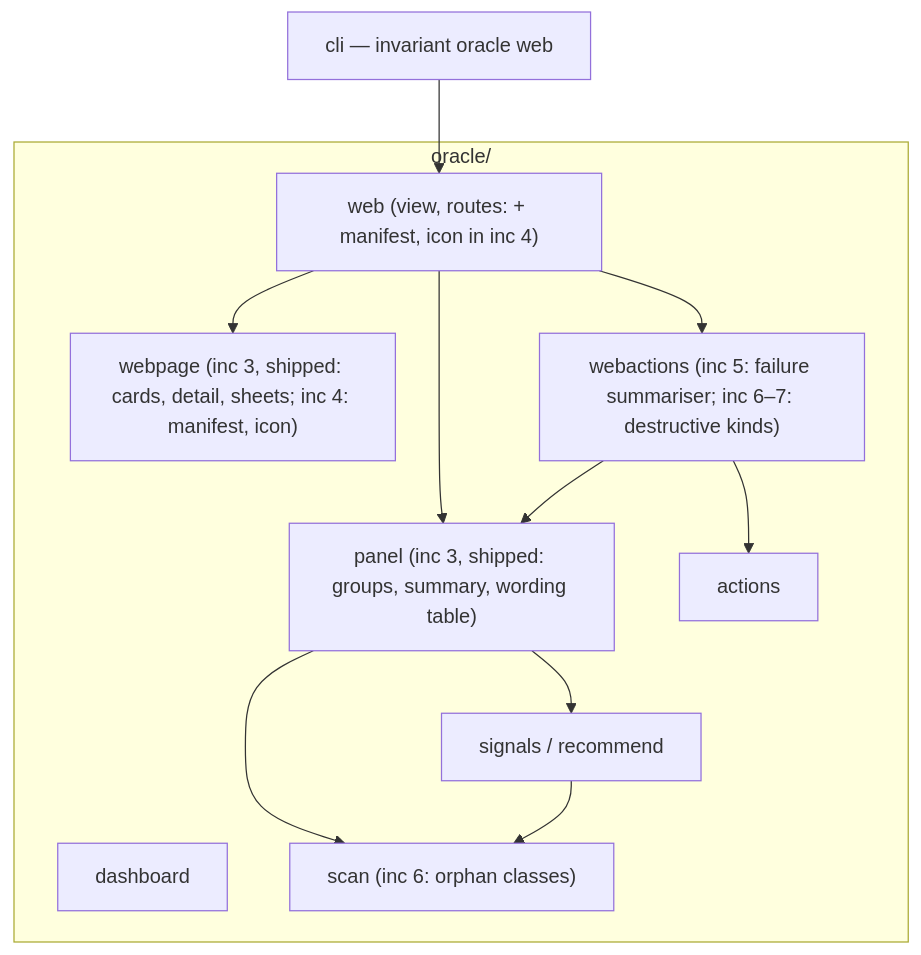
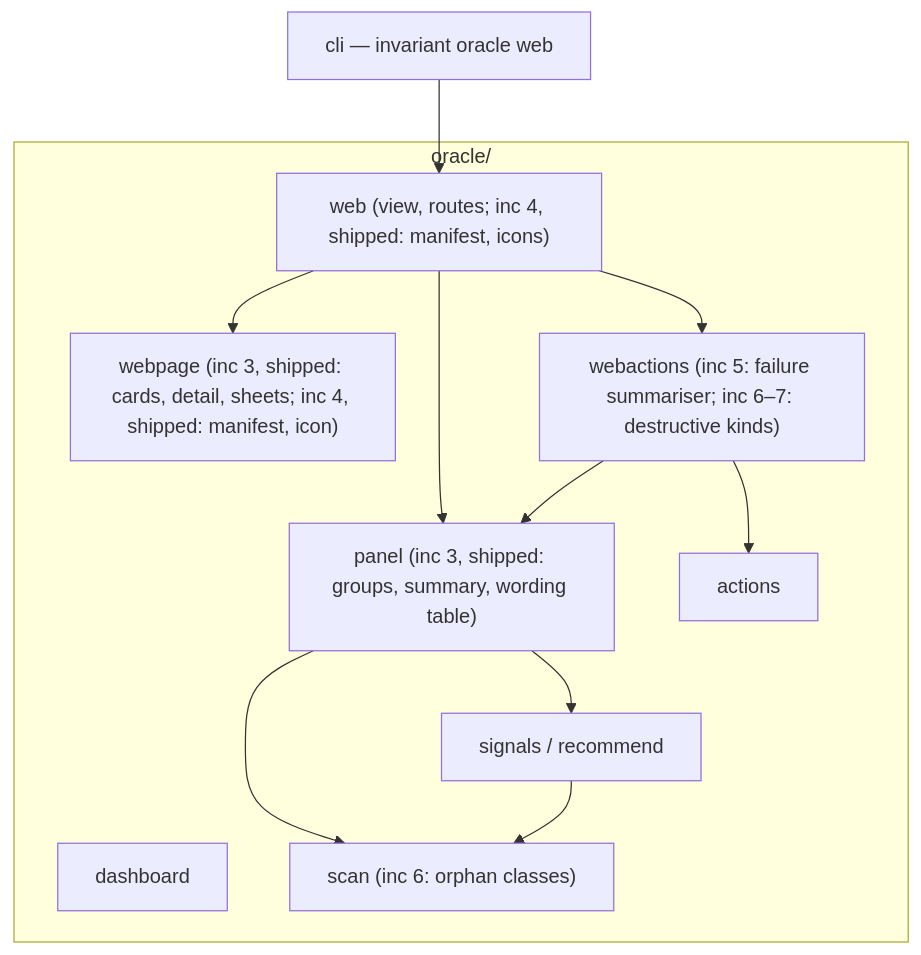
The first of 2 diagrams in docs/architecture/oracle-panel.md (Mindchallenges/Invariant), drawn with Mermaid before and after one commit. The commit also changed other lines of this file and 7 other files, not shown here.

First line of the commit message:
oracle - home-screen app: manifest, generated icons, standalone, safe areas (IDEA_027 inc 4)

````diff
--- a/docs/architecture/oracle-panel.md
+++ b/docs/architecture/oracle-panel.md
@@ -35,23 +36,23 @@
 ```mermaid
 graph TD
     CLI[cli — invariant oracle web]
     subgraph oracle["oracle/"]
-        WEB["web (view, routes: + manifest, icon in inc 4)"]
+        WEB["web (view, routes; inc 4, shipped: manifest, icons)"]
         PANEL["panel (inc 3, shipped: groups, summary, wording table)"]
-        WEBPAGE["webpage (inc 3, shipped: cards, detail, sheets; inc 4: manifest, icon)"]
+        WEBPAGE["webpage (inc 3, shipped: cards, detail, sheets; inc 4, shipped: manifest, icon)"]
         WEBACT["webactions (inc 5: failure summariser; inc 6–7: destructive kinds)"]
         ACTIONS[actions]
         DASH[dashboard]
         SIGNALS["signals / recommend"]
         SCAN["scan (inc 6: orphan classes)"]
     end
     CLI --> WEB
     WEB --> PANEL
     WEB --> WEBPAGE
     WEB --> WEBACT
     PANEL --> SCAN
     PANEL --> SIGNALS
     WEBACT --> PANEL
     WEBACT --> ACTIONS
     SIGNALS --> SCAN
 ```
````
